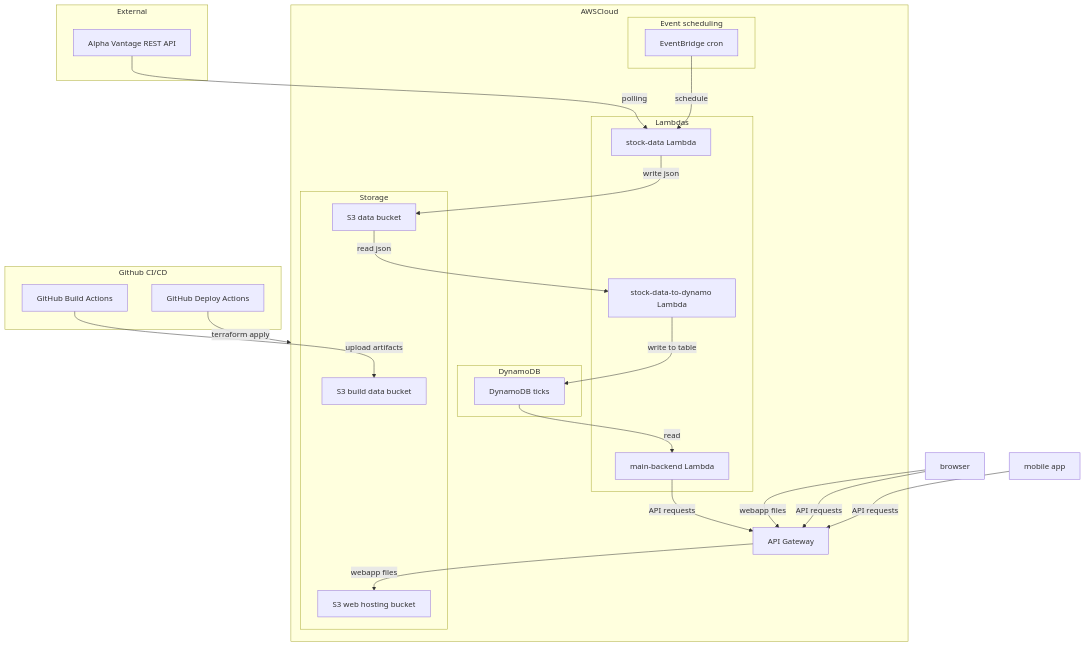
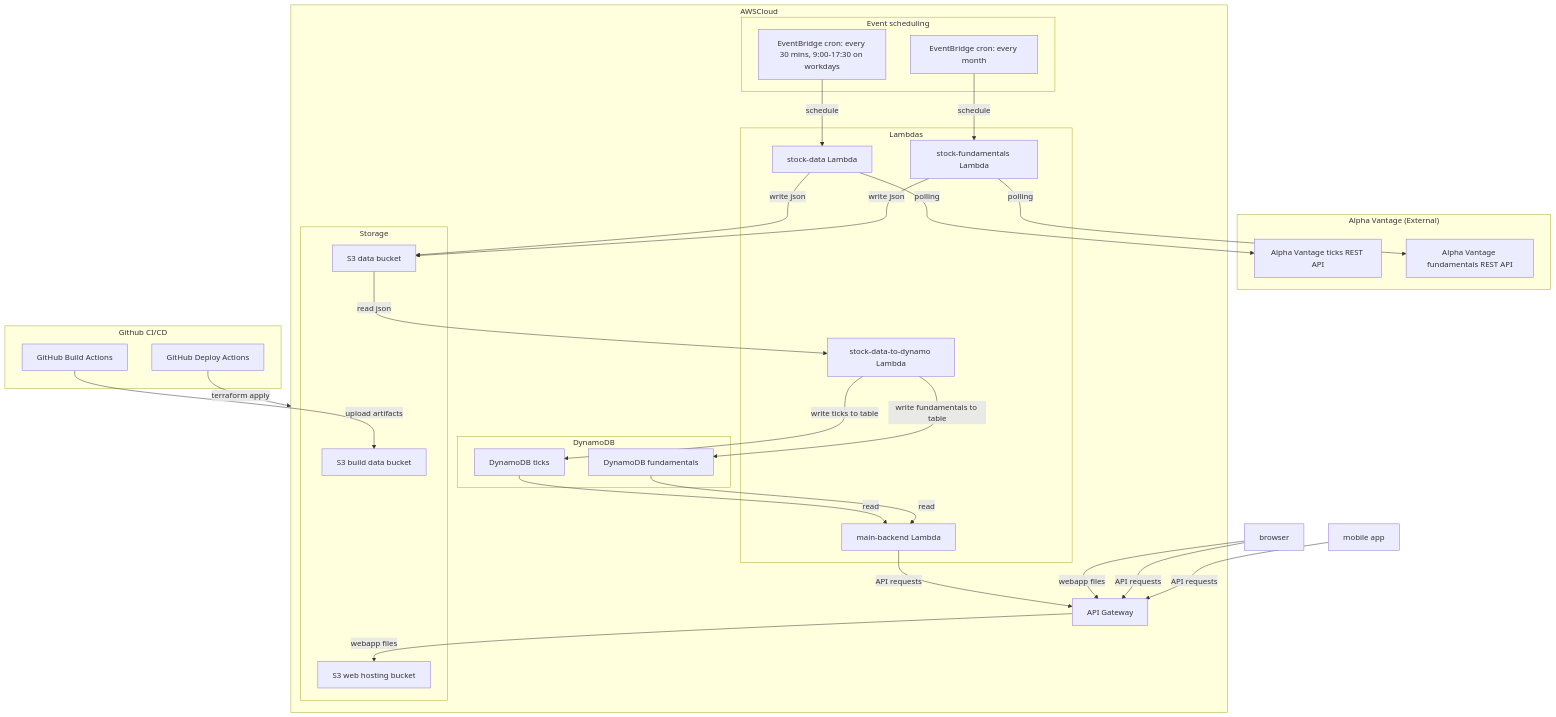
The diagram in profile/README.md (mss-showcase/.github), drawn with Mermaid before and after one commit.

````diff
--- a/profile/README.md
+++ b/profile/README.md
@@ -25,51 +25,59 @@
 ```mermaid
 flowchart TB
-  subgraph "External"
-    alpha[Alpha Vantage REST API]
+  subgraph "Alpha Vantage (External)"
+    alphastockapi[Alpha Vantage ticks REST API]
+    alphafundaapi[Alpha Vantage fundamentals REST API]
   end
 
   subgraph "AWSCloud"
     subgraph "Event scheduling"
-      cron[EventBridge cron]
+      cron30m[EventBridge cron: every 30 mins, 9:00-17:30 on workdays]
+      cronmonthly[EventBridge cron: every month]
     end
     
     subgraph "Lambdas"
-      stock[stock-data Lambda]
+      stocktick[stock-data Lambda]
+      stockfundamentals[stock-fundamentals Lambda]
       proc[stock-data-to-dynamo Lambda]
       backend[main-backend Lambda]
     end
 
     subgraph "Storage"
       s3data[S3 data bucket]
       s3build[S3 build data bucket]
-	  s3webhosting[S3 web hosting bucket]
-	  
+      s3webhosting[S3 web hosting bucket]  
     end
 
     subgraph "DynamoDB"
-      dynamo[DynamoDB ticks]
+      dynamoticks[DynamoDB ticks]
+      dynamofundamentals[DynamoDB fundamentals]
     end
 
     api[API Gateway]
   end
 
   subgraph "Github CI/CD"
     gha_build[GitHub Build Actions]
     gha_deploy[GitHub Deploy Actions]
   end
 
-  alpha -->|polling| stock
-  cron -->|schedule| stock
-  stock -->|write json| s3data
+  stocktick -->|polling| alphastockapi
+  stockfundamentals -->|polling| alphafundaapi
+  cron30m -->|schedule| stocktick
+  cronmonthly -->|schedule| stockfundamentals
+  stocktick -->|write json| s3data
+  stockfundamentals -->|write json| s3data
   s3data -->|read json| proc
-  proc -->|write to table| dynamo
-  dynamo -->|read| backend
+  proc -->|write ticks to table| dynamoticks
+  proc -->|write fundamentals to table| dynamofundamentals
+  dynamoticks -->|read| backend
+  dynamofundamentals -->|read| backend
   backend -->|API requests| api
 
   gha_build -->|upload artifacts| s3build
   gha_deploy -->|terraform apply| AWSCloud
   api -->|webapp files|s3webhosting
   browser -->|webapp files| api
   browser -->|API requests| api
   mobilefrontend[mobile app] -->|API requests| api
 ```
````
